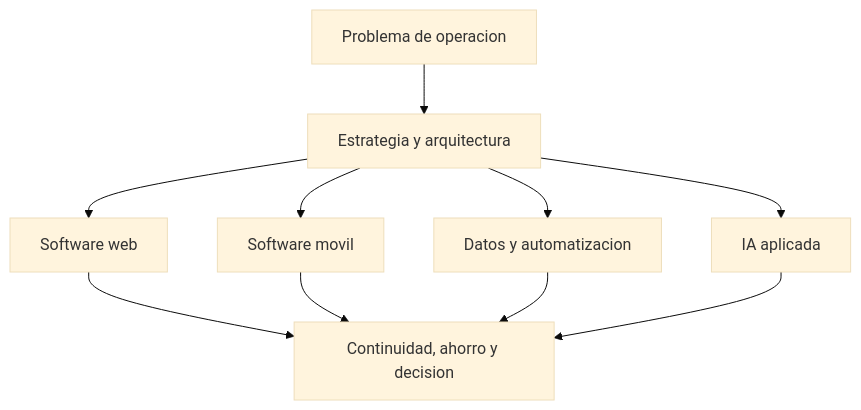
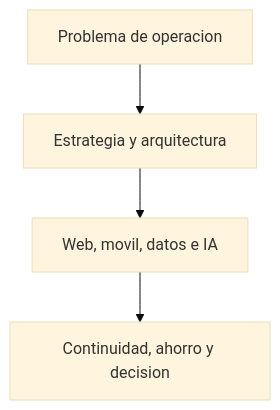
Before and after one commit to david1997herrera/david1997herrera: the diagram in README.md, drawn with Mermaid (base theme).

Commit message:
Simplifica el diagrama para que quepa en el perfil.

````diff
--- a/README.md
+++ b/README.md
@@ -31,12 +31,6 @@
 ```mermaid
 flowchart TB
-  negocio[Problema de operacion] --> direccion[Estrategia y arquitectura]
-  direccion --> web[Software web]
-  direccion --> movil[Software movil]
-  direccion --> datos[Datos y automatizacion]
-  direccion --> ia[IA aplicada]
-  web --> valor[Continuidad, ahorro y decision]
-  movil --> valor
-  datos --> valor
-  ia --> valor
+  operacion[Problema de operacion] --> arquitectura[Estrategia y arquitectura]
+  arquitectura --> construccion[Web, movil, datos e IA]
+  construccion --> resultado[Continuidad, ahorro y decision]
 ```
````
